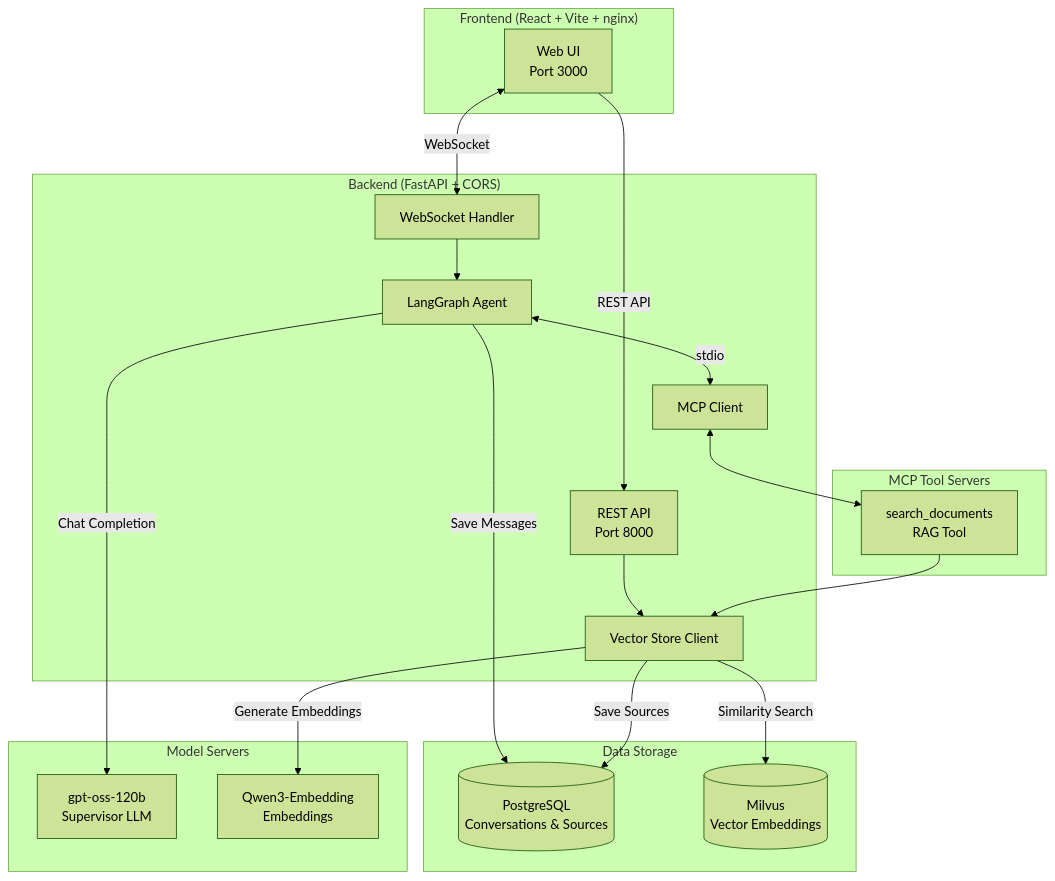
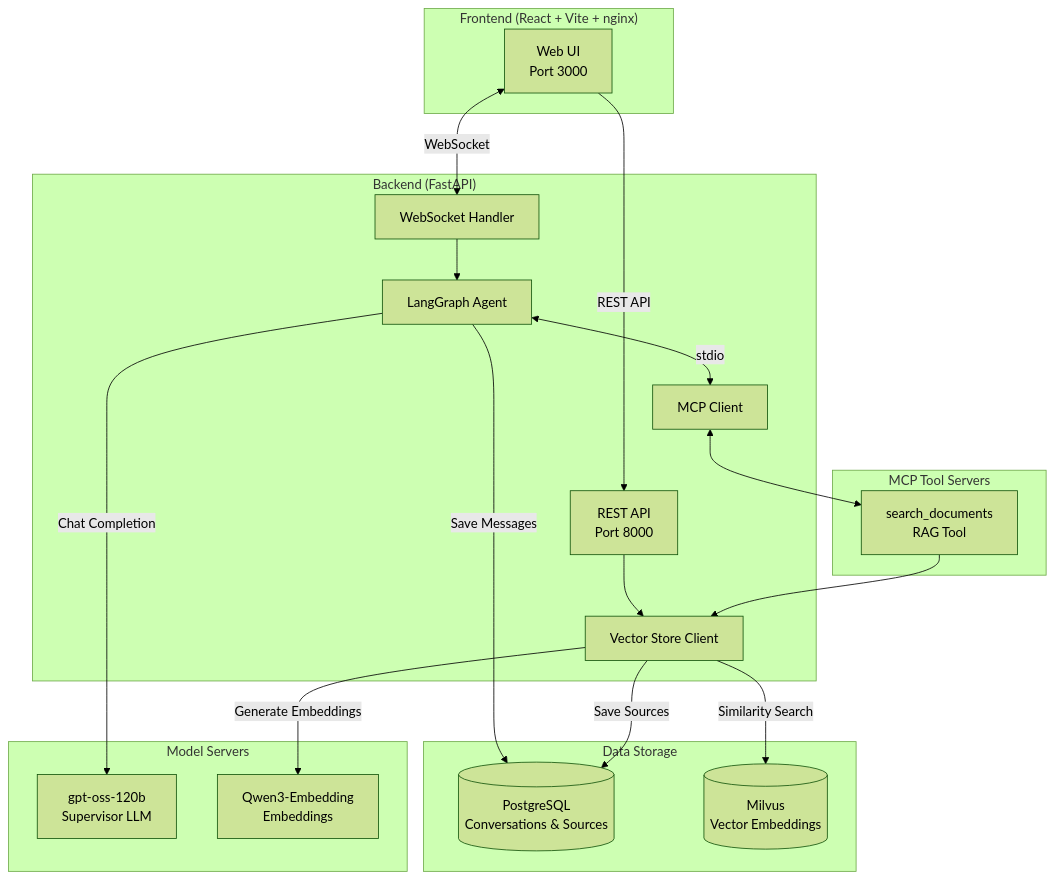
Before and after one commit to devgig/rag-agent-chatbot: the first of 3 diagrams in README.md, drawn with Mermaid (forest theme). The commit also changed other lines of this file and 8 other files, not shown here.

````diff
--- a/README.md
+++ b/README.md
@@ -33,45 +31,45 @@
 ```mermaid
 flowchart TB
     subgraph Frontend["Frontend (React + Vite + nginx)"]
         UI[Web UI<br/>Port 3000]
     end
 
-    subgraph Backend["Backend (FastAPI + CORS)"]
+    subgraph Backend["Backend (FastAPI)"]
         API[REST API<br/>Port 8000]
         WSHandler[WebSocket Handler]
         Agent[LangGraph Agent]
         VectorStore[Vector Store Client]
         MCPClient[MCP Client]
     end
 
     subgraph MCPServers["MCP Tool Servers"]
         RAG[search_documents<br/>RAG Tool]
     end
 
     subgraph Storage["Data Storage"]
         Postgres[(PostgreSQL<br/>Conversations & Sources)]
         Milvus[(Milvus<br/>Vector Embeddings)]
     end
 
     subgraph Models["Model Servers"]
         LLM[gpt-oss-120b<br/>Supervisor LLM]
         Embed[Qwen3-Embedding<br/>Embeddings]
     end
 
     UI -->|REST API| API
     UI <-->|WebSocket| WSHandler
 
     WSHandler --> Agent
     API --> VectorStore
 
     Agent <-->|stdio| MCPClient
     MCPClient <--> RAG
 
     Agent -->|Chat Completion| LLM
     RAG --> VectorStore
     VectorStore -->|Similarity Search| Milvus
     VectorStore -->|Generate Embeddings| Embed
 
     Agent -->|Save Messages| Postgres
     VectorStore -->|Save Sources| Postgres
 ```
````
